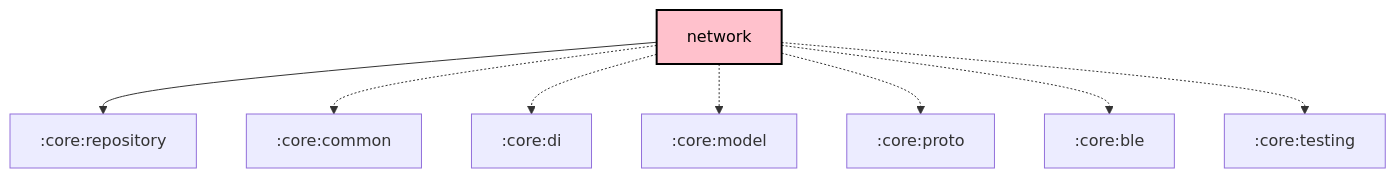
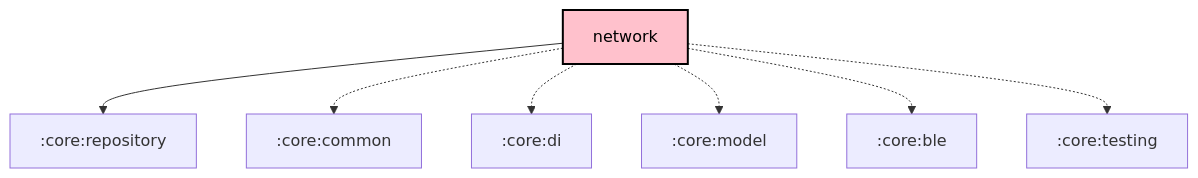
The diagram in core/network/README.md (meshtastic/Meshtastic-Android), drawn with Mermaid before and after one commit. The commit also changed 17 other files, not shown here.

First line of the commit message:
chore: Scheduled updates (Firmware, Hardware, Translations, Graphs)

````diff
--- a/core/network/README.md
+++ b/core/network/README.md
@@ -26,25 +26,24 @@
 ```mermaid
 graph TB
   :core:network[network]:::kmp-library
   :core:network --> :core:repository
   :core:network -.-> :core:common
   :core:network -.-> :core:di
   :core:network -.-> :core:model
-  :core:network -.-> :core:proto
   :core:network -.-> :core:ble
   :core:network -.-> :core:testing
 
 classDef android-application fill:#CAFFBF,stroke:#000,stroke-width:2px,color:#000;
 classDef android-application-compose fill:#CAFFBF,stroke:#000,stroke-width:2px,color:#000;
 classDef compose-desktop-application fill:#CAFFBF,stroke:#000,stroke-width:2px,color:#000;
 classDef android-feature fill:#FFD6A5,stroke:#000,stroke-width:2px,color:#000;
 classDef android-library fill:#9BF6FF,stroke:#000,stroke-width:2px,color:#000;
 classDef android-library-compose fill:#9BF6FF,stroke:#000,stroke-width:2px,color:#000;
 classDef android-test fill:#A0C4FF,stroke:#000,stroke-width:2px,color:#000;
 classDef jvm-library fill:#BDB2FF,stroke:#000,stroke-width:2px,color:#000;
 classDef kmp-feature fill:#FFD6A5,stroke:#000,stroke-width:2px,color:#000;
 classDef kmp-library-compose fill:#FFC1CC,stroke:#000,stroke-width:2px,color:#000;
 classDef kmp-library fill:#FFC1CC,stroke:#000,stroke-width:2px,color:#000;
 classDef unknown fill:#FFADAD,stroke:#000,stroke-width:2px,color:#000;
 
 ```
````
